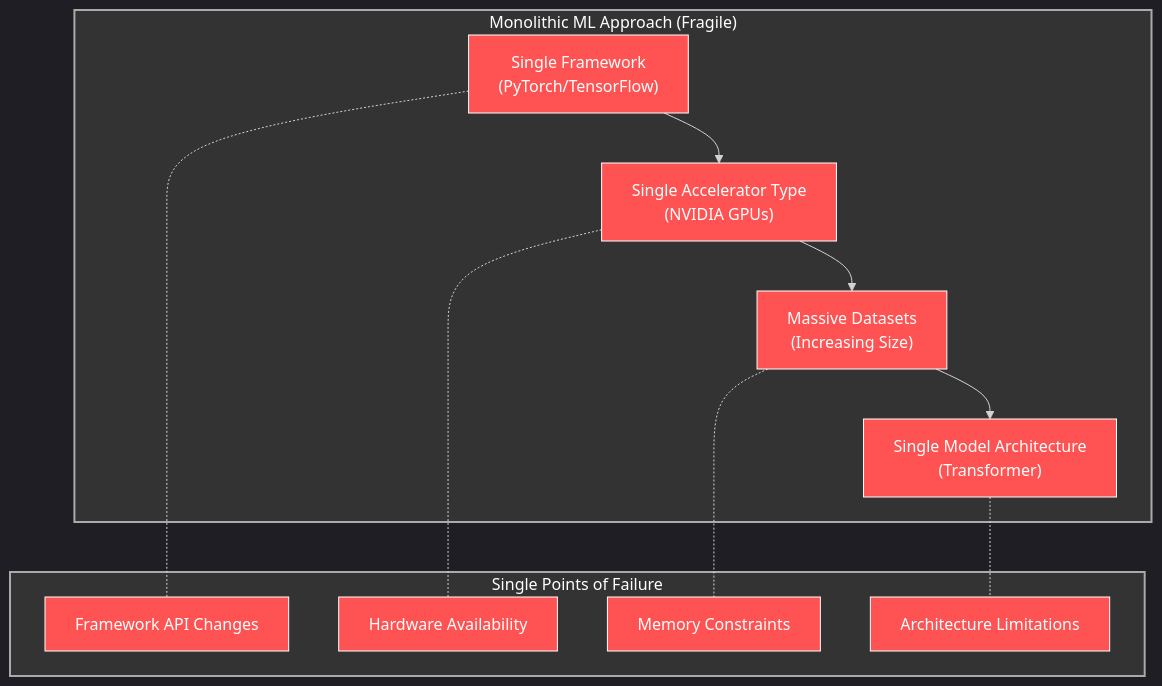
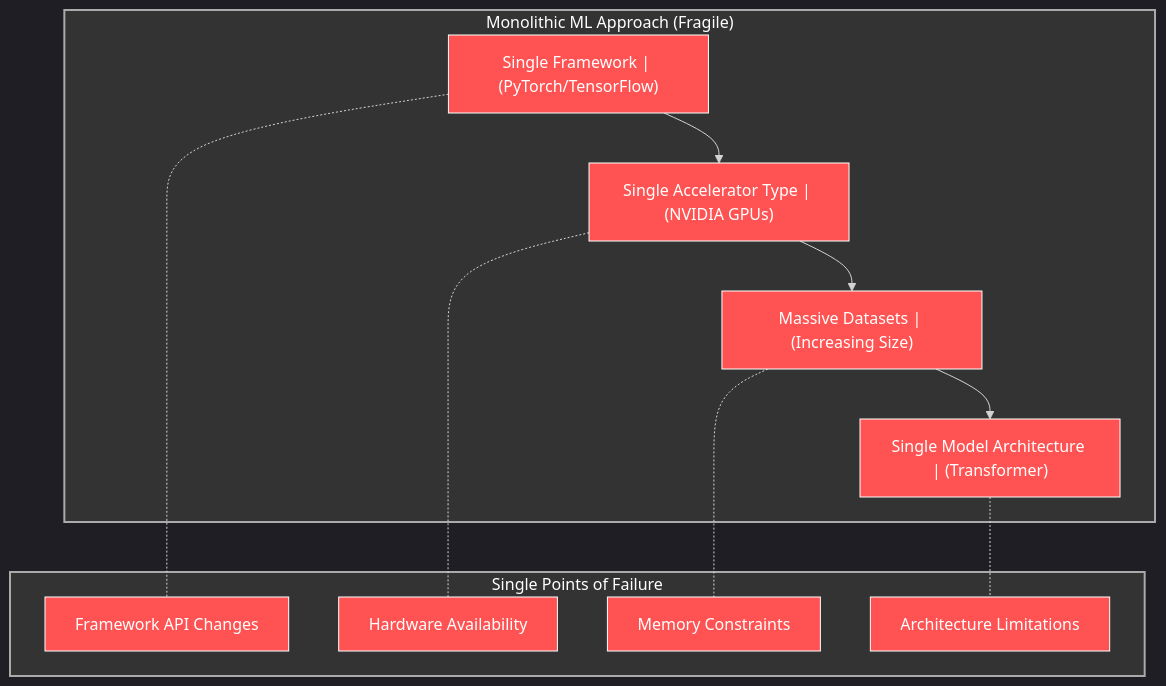
One commit to houstonhaynes/AD4SDocs changed the first of 6 diagrams in 06 SpeakEZs Olivier and Prospero.md. Above: the diagram before and after it, drawn with Mermaid. The commit also changed other lines of this file and 4 other files, not shown here.

Commit message:
Fix mermaid diagrams

````diff
--- a/06 SpeakEZs Olivier and Prospero.md
+++ b/06 SpeakEZs Olivier and Prospero.md
@@ -15,37 +15,37 @@
 ```mermaid
 %%{init: {'theme': 'dark', 'themeVariables': { 'primaryColor': '#242424', 'primaryTextColor': '#fff', 'primaryBorderColor': '#888', 'lineColor': '#d3d3d3', 'secondaryColor': '#2b2b2b', 'tertiaryColor': '#333' }}}%%
 flowchart TD
     subgraph Monolithic["Monolithic ML Approach (Fragile)"]
-        PyTorch["Single Framework\n(PyTorch/TensorFlow)"]
-        CUDA["Single Accelerator Type\n(NVIDIA GPUs)"]
-        Data["Massive Datasets\n(Increasing Size)"]
-        Single["Single Model Architecture\n(Transformer)"]
+        PyTorch["Single Framework | (PyTorch/TensorFlow)"]
+        CUDA["Single Accelerator Type | (NVIDIA GPUs)"]
+        Data["Massive Datasets | (Increasing Size)"]
+        Single["Single Model Architecture | (Transformer)"]
         
         PyTorch --> CUDA
         CUDA --> Data
         Data --> Single
     end
     
     subgraph Failures["Single Points of Failure"]
         FrameworkFail["Framework API Changes"]
         HardwareFail["Hardware Availability"]
         MemoryFail["Memory Constraints"]
         ArchitectureFail["Architecture Limitations"]
     end
     
     PyTorch -.- FrameworkFail
     CUDA -.- HardwareFail
     Data -.- MemoryFail
     Single -.- ArchitectureFail
     
     style Monolithic fill:#333,stroke:#aaa,stroke-width:2px,color:#fff
     style Failures fill:#333,stroke:#aaa,stroke-width:2px,color:#fff
     style PyTorch fill:#FF5252,stroke:#fff,stroke-width:1px,color:#fff
     style CUDA fill:#FF5252,stroke:#fff,stroke-width:1px,color:#fff
     style Data fill:#FF5252,stroke:#fff,stroke-width:1px,color:#fff
     style Single fill:#FF5252,stroke:#fff,stroke-width:1px,color:#fff
     style FrameworkFail fill:#FF5252,stroke:#fff,stroke-width:1px,color:#fff
     style HardwareFail fill:#FF5252,stroke:#fff,stroke-width:1px,color:#fff
     style MemoryFail fill:#FF5252,stroke:#fff,stroke-width:1px,color:#fff
     style ArchitectureFail fill:#FF5252,stroke:#fff,stroke-width:1px,color:#fff
 ```
````
